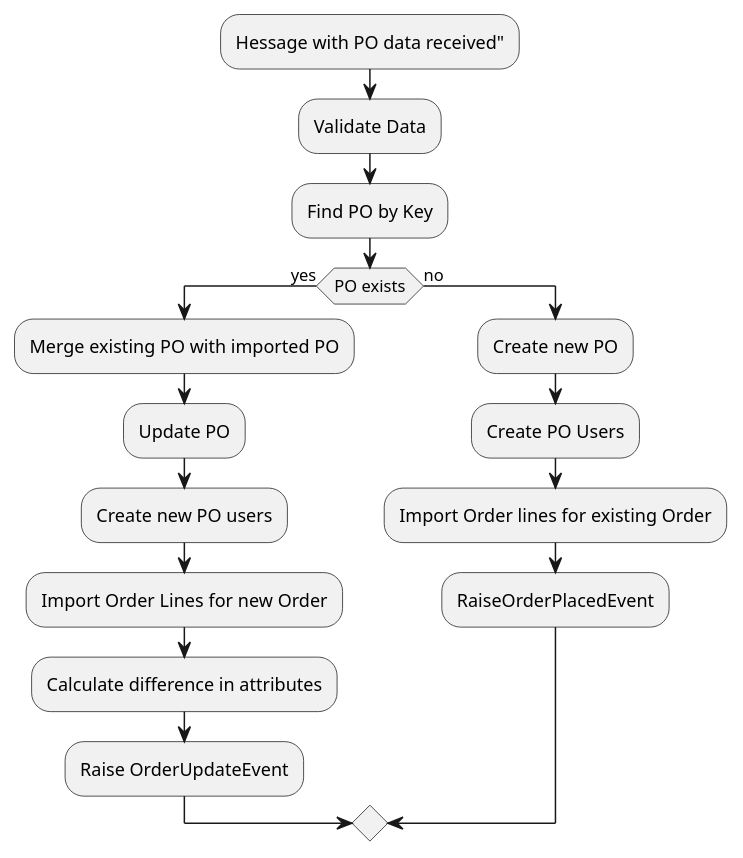
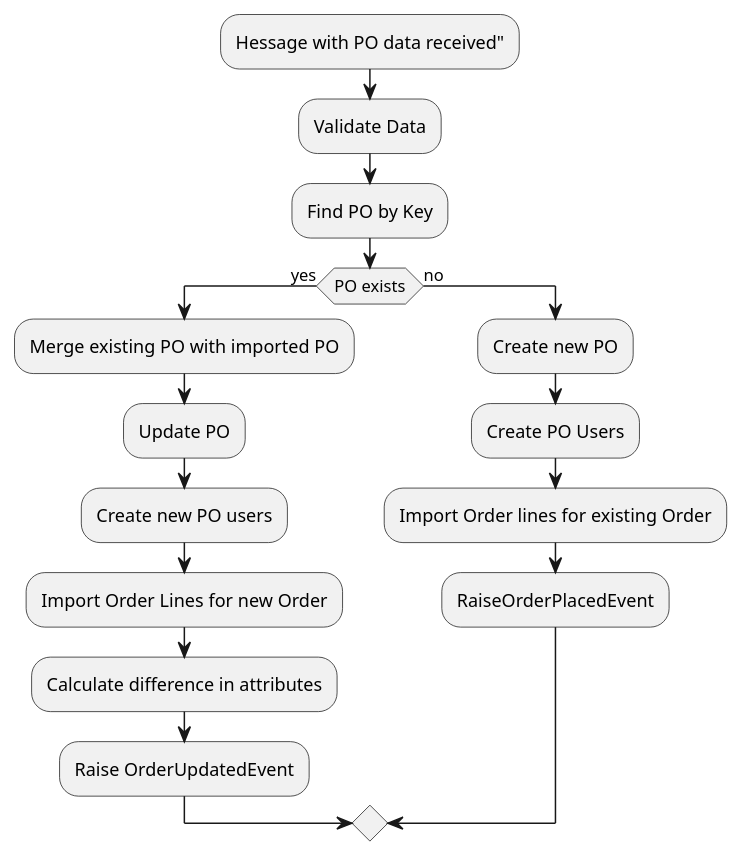
Before and after one commit to karbonfw/purchaseorderdoc: the diagram in diagrams/importPO_UseCase.puml, drawn with PlantUML.

Commit message:
Typo corrected in OrderUpdatedEvent

```diff
--- a/diagrams/importPO_UseCase.puml
+++ b/diagrams/importPO_UseCase.puml
@@ -1,23 +1,23 @@
 @startuml
 :Hessage with PO data received";
 
 :Validate Data;
 
 :Find PO by Key;
 
 if (PO exists) then (yes)
     :Merge existing PO with imported PO;
     :Update PO;
     :Create new PO users;
     :Import Order Lines for new Order;
     :Calculate difference in attributes;
-    :Raise OrderUpdateEvent;
+    :Raise OrderUpdatedEvent;
 else (no)
     :Create new PO;
     :Create PO Users;
     :Import Order lines for existing Order;
     :RaiseOrderPlacedEvent;
 endif
 
 
 @enduml
```
